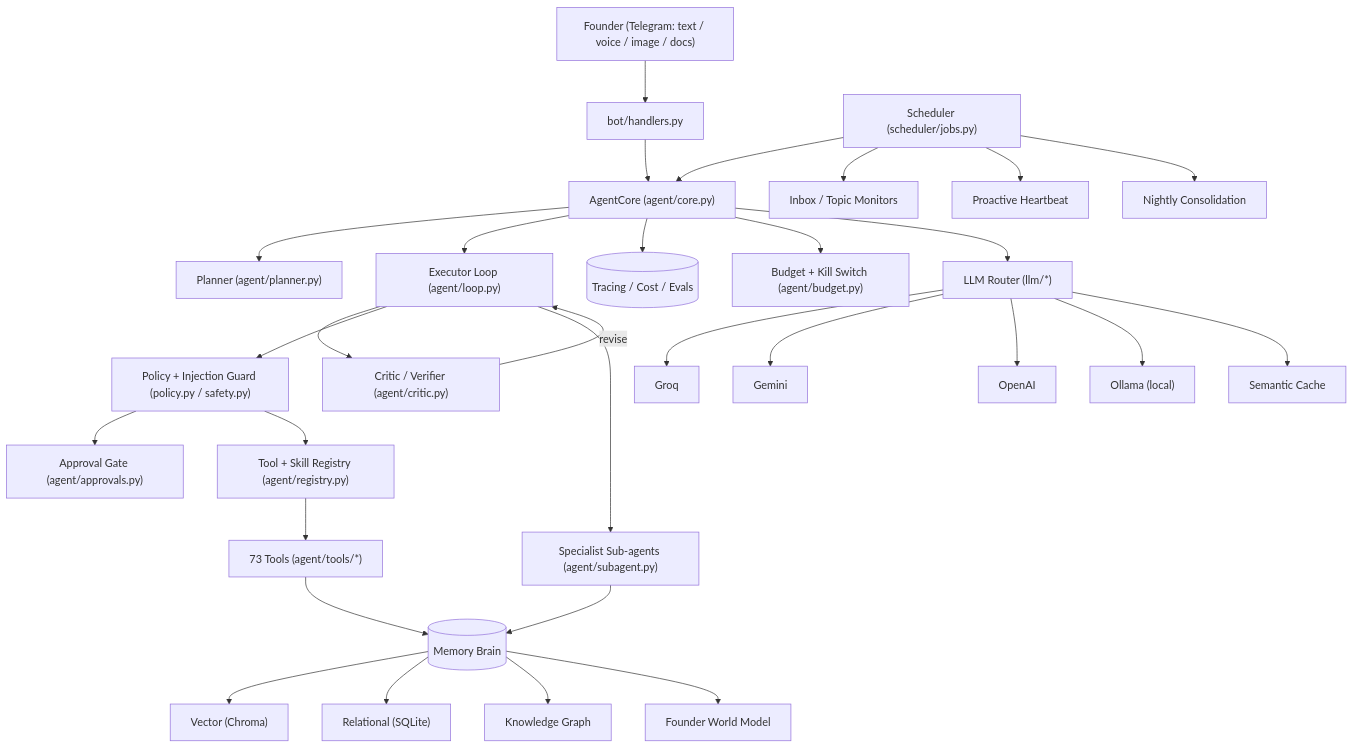
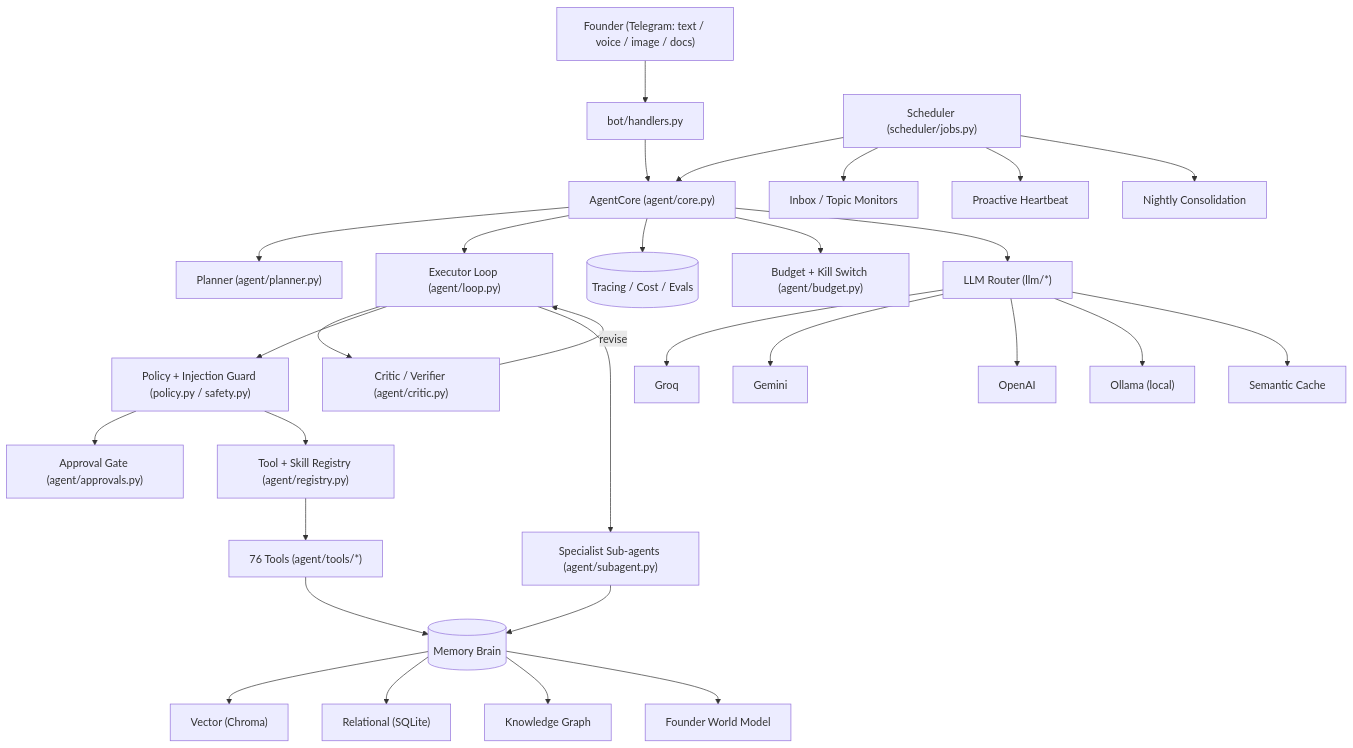
The first of 5 diagrams in README.md (Vinayak-RZ/Founder-OS), drawn with Mermaid before and after one commit. The commit also changed other lines of this file, not shown here.

Commit message:
docs: document Tool-RAG, Self-RAG/CRAG, confidence/abstention, GraphRAG, MCP server, and LLM-as-judge evals (counts, techniques table, changelog, tool catalog, env vars)

````diff
--- a/README.md
+++ b/README.md
@@ -153,36 +160,36 @@
 ```mermaid
 flowchart TD
     user["Founder (Telegram: text / voice / image / docs)"] --> bot["bot/handlers.py"]
     bot --> core["AgentCore (agent/core.py)"]
 
     core --> planner["Planner (agent/planner.py)"]
     core --> loop["Executor Loop (agent/loop.py)"]
     loop --> critic["Critic / Verifier (agent/critic.py)"]
     critic -->|revise| loop
 
     loop --> policy["Policy + Injection Guard (policy.py / safety.py)"]
     policy --> approvals["Approval Gate (agent/approvals.py)"]
     policy --> registry["Tool + Skill Registry (agent/registry.py)"]
 
-    registry --> tools["73 Tools (agent/tools/*)"]
+    registry --> tools["76 Tools (agent/tools/*)"]
     loop --> subagents["Specialist Sub-agents (agent/subagent.py)"]
 
     tools --> brain[("Memory Brain")]
     subagents --> brain
     brain --> vec["Vector (Chroma)"]
     brain --> sql["Relational (SQLite)"]
     brain --> kg["Knowledge Graph"]
     brain --> world["Founder World Model"]
 
     core --> trace[("Tracing / Cost / Evals")]
     core --> budget["Budget + Kill Switch (agent/budget.py)"]
 
     sched["Scheduler (scheduler/jobs.py)"] --> core
     sched --> monitors["Inbox / Topic Monitors"]
     sched --> heartbeat["Proactive Heartbeat"]
     sched --> consolidate["Nightly Consolidation"]
 
     core --> llm["LLM Router (llm/*)"]
     llm --> groq["Groq"] & gemini["Gemini"] & openai["OpenAI"] & ollama["Ollama (local)"]
     llm --> cache["Semantic Cache"]
 ```
````
